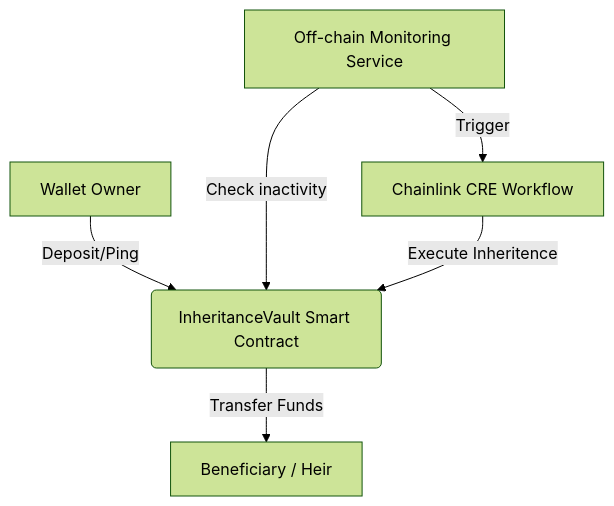
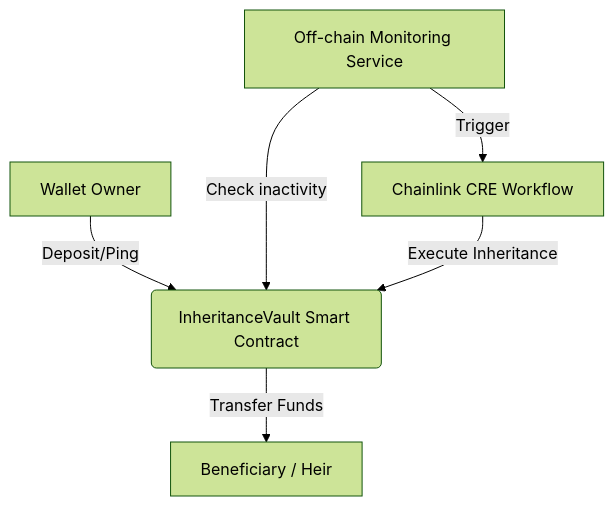
Before and after one commit to nayrbryanGaming/deadmanswitch-ai: the diagram in README.md, drawn with Mermaid (forest theme). The commit also changed other lines of this file and 1 other file, not shown here.

````diff
--- a/README.md
+++ b/README.md
@@ -7,8 +7,8 @@
 ```mermaid
 graph TD
     Owner[Wallet Owner] -->|Deposit/Ping| Vault(InheritanceVault Smart Contract)
     Monitor[Off-chain Monitoring Service] -->|Check inactivity| Vault
     Monitor -->|Trigger| CRE[Chainlink CRE Workflow]
-    CRE -->|Execute Inheritence| Vault
+    CRE -->|Execute Inheritance| Vault
     Vault -->|Transfer Funds| Heir[Beneficiary / Heir]
 ```
````
